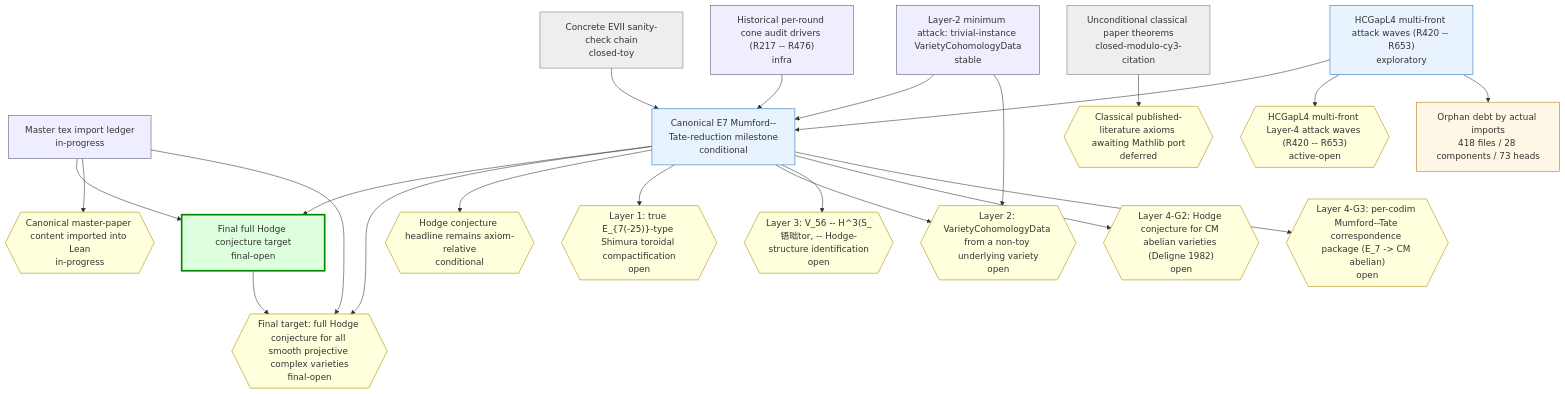
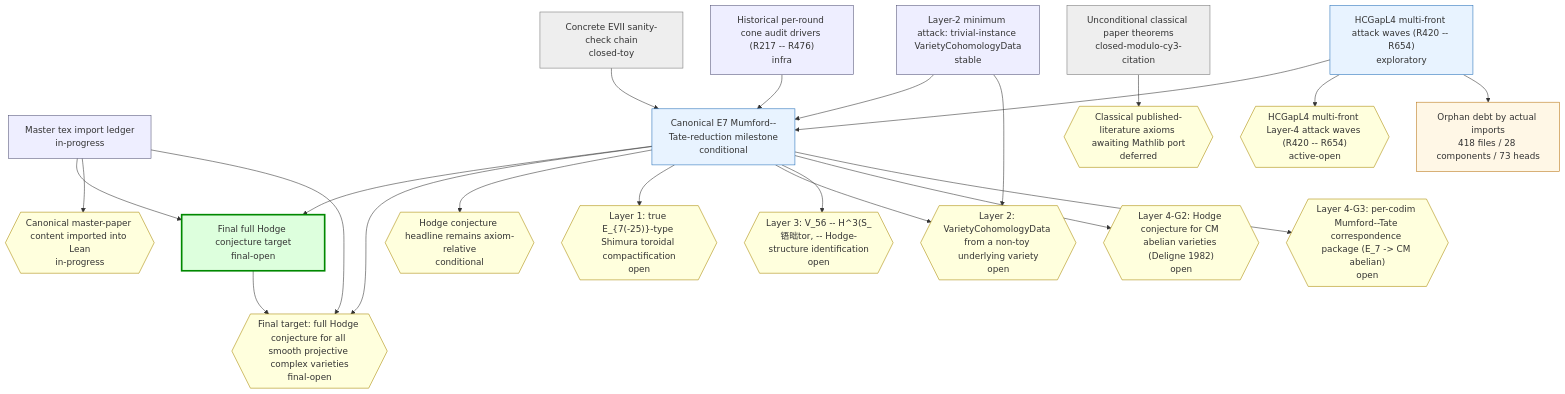
Before and after one commit to crabsatellite/hodge-conjecture-lean4-formalization: the first of 2 diagrams in chain-status/research-map.md, drawn with Mermaid. The commit also changed other lines of this file and 9 other files, not shown here.

````diff
--- a/chain-status/research-map.md
+++ b/chain-status/research-map.md
@@ -46,54 +46,54 @@
 ```mermaid
 graph TD
   classDef main fill:#dfd,stroke:#080,stroke-width:3px
   classDef active fill:#e8f3ff,stroke:#2670b8
   classDef support fill:#eef,stroke:#557
   classDef closed fill:#eee,stroke:#777
   classDef dead fill:#fdd,stroke:#a00,stroke-width:2px
   classDef gapOpen fill:#ffd,stroke:#a80
   classDef gapClosed fill:#eee,stroke:#777
   classDef gapDead fill:#fdd,stroke:#a00
   classDef debt fill:#fff7e6,stroke:#b87514
   classDef debtTaxonomy fill:#e8f3ff,stroke:#2670b8,stroke-dasharray:3 3
   classDef debtRule fill:#eefbea,stroke:#398439,stroke-dasharray:3 3
   classDef debtDead fill:#fdd,stroke:#a00,stroke-dasharray:3 3
   chain_full_hc_final_target["Final full Hodge conjecture target\nfinal-open"]:::main
   chain_master_paper_import_ledger["Master tex import ledger\nin-progress"]:::support
   chain_main_hc_axiom_relative["Canonical E7 Mumford--Tate-reduction milestone\nconditional"]:::active
   chain_unconditional_classical["Unconditional classical paper theorems\nclosed-modulo-cy3-citation"]:::closed
   chain_hcgap_l2_trivial_instances["Layer-2 minimum attack: trivial-instance VarietyCohomologyData\nstable"]:::support
-  chain_hcgap_l4_multifront_active["HCGapL4 multi-front attack waves (R420 -- R653)\nexploratory"]:::active
+  chain_hcgap_l4_multifront_active["HCGapL4 multi-front attack waves (R420 -- R654)\nexploratory"]:::active
   chain_concrete_evii_toy["Concrete EVII sanity-check chain\nclosed-toy"]:::closed
   chain_historical_cone_audits["Historical per-round cone audit drivers (R217 -- R476)\ninfra"]:::support
   gap_G_full_hc{{"Final target: full Hodge conjecture for all smooth projective complex varieties\nfinal-open"}}:::gapOpen
   gap_G_master_paper_import{{"Canonical master-paper content imported into Lean\nin-progress"}}:::gapOpen
   gap_G_main_hc{{"Hodge conjecture headline remains axiom-relative\nconditional"}}:::gapOpen
   gap_G_l1_e7_shimura_tor{{"Layer 1: true E_{7(-25)}-type Shimura toroidal compactification\nopen"}}:::gapOpen
   gap_G_l2_cohomology_construction{{"Layer 2: VarietyCohomologyData from a non-toy underlying variety\nopen"}}:::gapOpen
   gap_G_l3_v56_mt_identification{{"Layer 3: V_56 -- H^3(S_铻昢tor, -- Hodge-structure identification\nopen"}}:::gapOpen
   gap_G_l4_cm_abelian_hc{{"Layer 4-G2: Hodge conjecture for CM abelian varieties (Deligne 1982)\nopen"}}:::gapOpen
   gap_G_l4_mt_correspondence{{"Layer 4-G3: per-codim Mumford--Tate correspondence package (E_7 -> CM abelian)\nopen"}}:::gapOpen
   gap_G_classical_mathlib_port{{"Classical published-literature axioms awaiting Mathlib port\ndeferred"}}:::gapOpen
-  gap_G_hcgap_l4_multifront{{"HCGapL4 multi-front Layer-4 attack waves (R420 -- R653)\nactive-open"}}:::gapOpen
+  gap_G_hcgap_l4_multifront{{"HCGapL4 multi-front Layer-4 attack waves (R420 -- R654)\nactive-open"}}:::gapOpen
   chain_full_hc_final_target --> gap_G_full_hc
   chain_master_paper_import_ledger --> chain_full_hc_final_target
   chain_master_paper_import_ledger --> gap_G_master_paper_import
   chain_master_paper_import_ledger --> gap_G_full_hc
   chain_main_hc_axiom_relative --> chain_full_hc_final_target
   chain_main_hc_axiom_relative --> gap_G_full_hc
   chain_main_hc_axiom_relative --> gap_G_main_hc
   chain_main_hc_axiom_relative --> gap_G_l1_e7_shimura_tor
   chain_main_hc_axiom_relative --> gap_G_l2_cohomology_construction
   chain_main_hc_axiom_relative --> gap_G_l3_v56_mt_identification
   chain_main_hc_axiom_relative --> gap_G_l4_cm_abelian_hc
   chain_main_hc_axiom_relative --> gap_G_l4_mt_correspondence
   chain_unconditional_classical --> gap_G_classical_mathlib_port
   chain_hcgap_l2_trivial_instances --> chain_main_hc_axiom_relative
   chain_hcgap_l2_trivial_instances --> gap_G_l2_cohomology_construction
   chain_hcgap_l4_multifront_active --> chain_main_hc_axiom_relative
   chain_hcgap_l4_multifront_active --> gap_G_hcgap_l4_multifront
   chain_concrete_evii_toy --> chain_main_hc_axiom_relative
   chain_historical_cone_audits --> chain_main_hc_axiom_relative
   debt_all["Orphan debt by actual imports\n418 files / 28 components / 73 heads"]:::debt
   chain_hcgap_l4_multifront_active --> debt_all
 ```
````
